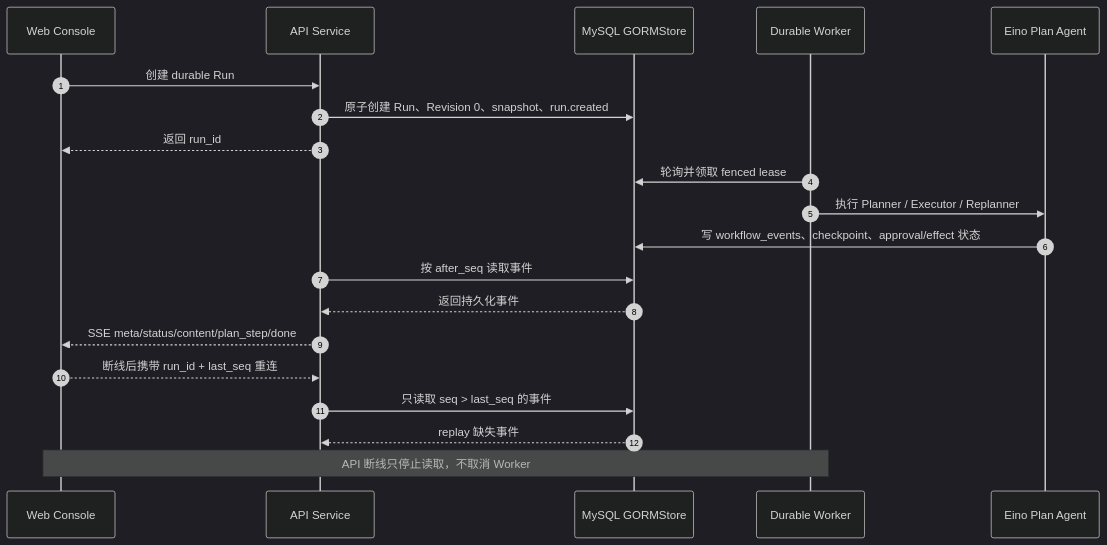
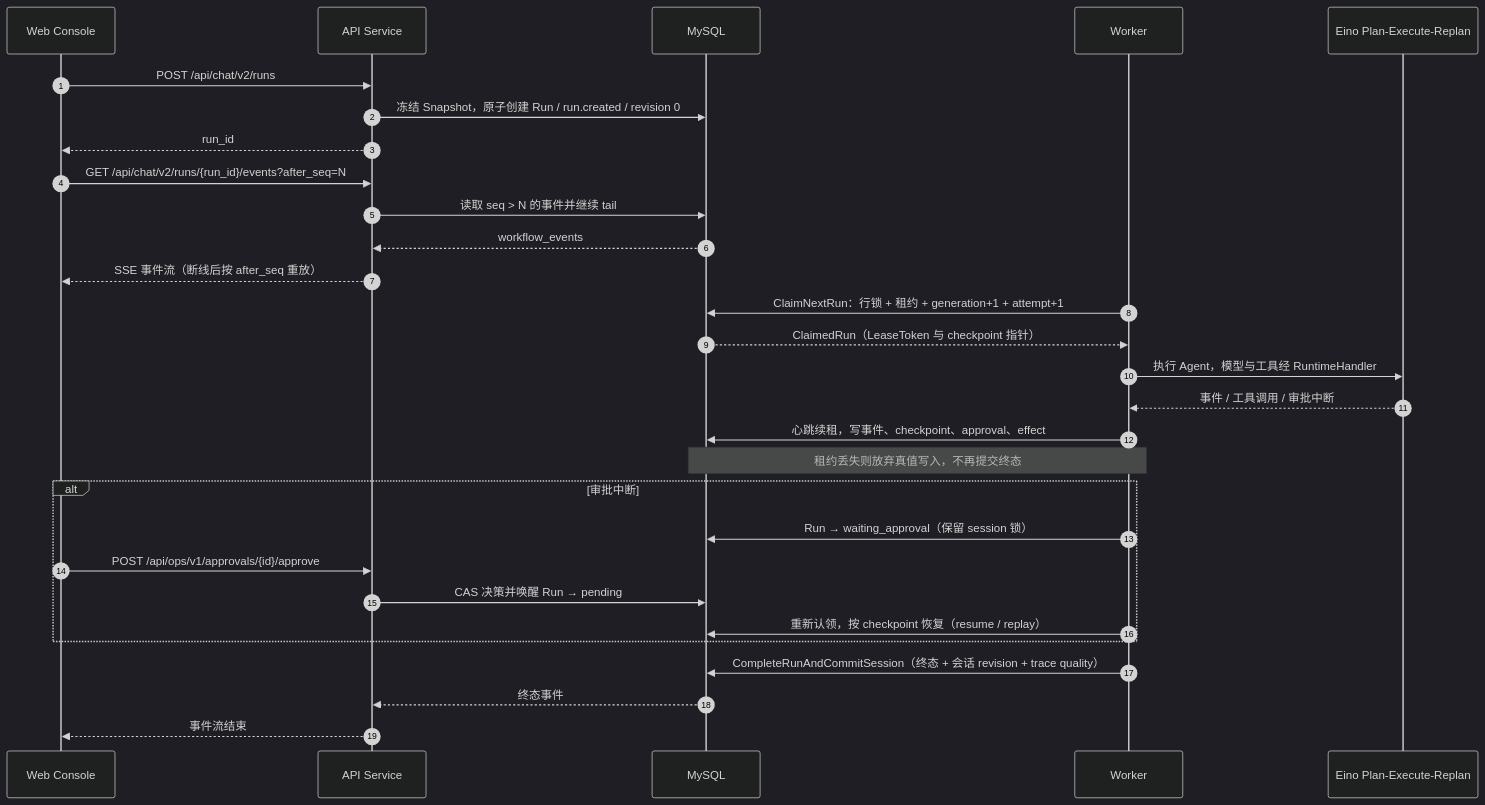
The second of 4 diagrams in README.md (05allan1213/SentinelOps), drawn with Mermaid (dark theme) before and after one commit. The commit also changed other lines of this file, not shown here.

````diff
--- a/README.md
+++ b/README.md
@@ -210,23 +123,35 @@
-~~~mermaid
+```mermaid
 sequenceDiagram
   autonumber
   participant UI as Web Console
   participant API as API Service
-  participant DB as MySQL GORMStore
-  participant W as Durable Worker
-  participant E as Eino Plan Agent
+  participant DB as MySQL
+  participant W as Worker
+  participant A as Eino Plan-Execute-Replan
 
-  UI->>API: 创建 durable Run
-  API->>DB: 原子创建 Run、Revision 0、snapshot、run.created
-  API-->>UI: 返回 run_id
-  W->>DB: 轮询并领取 fenced lease
-  W->>E: 执行 Planner / Executor / Replanner
-  E->>DB: 写 workflow_events、checkpoint、approval/effect 状态
-  API->>DB: 按 after_seq 读取事件
-  DB-->>API: 返回持久化事件
-  API-->>UI: SSE meta/status/content/plan_step/done
-  UI-->>API: 断线后携带 run_id + last_seq 重连
-  API->>DB: 只读取 seq > last_seq 的事件
-  DB-->>API: replay 缺失事件
-  Note over UI,W: API 断线只停止读取，不取消 Worker
-~~~
+  UI->>API: POST /api/chat/v2/runs
+  API->>DB: 冻结 Snapshot，原子创建 Run / run.created / revision 0
+  API-->>UI: run_id
+  UI->>API: GET /api/chat/v2/runs/{run_id}/events?after_seq=N
+  API->>DB: 读取 seq > N 的事件并继续 tail
+  DB-->>API: workflow_events
+  API-->>UI: SSE 事件流（断线后按 after_seq 重放）
+
+  W->>DB: ClaimNextRun：行锁 + 租约 + generation+1 + attempt+1
+  DB-->>W: ClaimedRun（LeaseToken 与 checkpoint 指针）
+  W->>A: 执行 Agent，模型与工具经 RuntimeHandler
+  A-->>W: 事件 / 工具调用 / 审批中断
+  W->>DB: 心跳续租，写事件、checkpoint、approval、effect
+  Note over W,DB: 租约丢失则放弃真值写入，不再提交终态
+
+  alt 审批中断
+    W->>DB: Run → waiting_approval（保留 session 锁）
+    UI->>API: POST /api/ops/v1/approvals/{id}/approve
+    API->>DB: CAS 决策并唤醒 Run → pending
+    W->>DB: 重新认领，按 checkpoint 恢复（resume / replay）
+  end
+
+  W->>DB: CompleteRunAndCommitSession（终态 + 会话 revision + trace quality）
+  DB-->>API: 终态事件
+  API-->>UI: 事件流结束
+```
````
